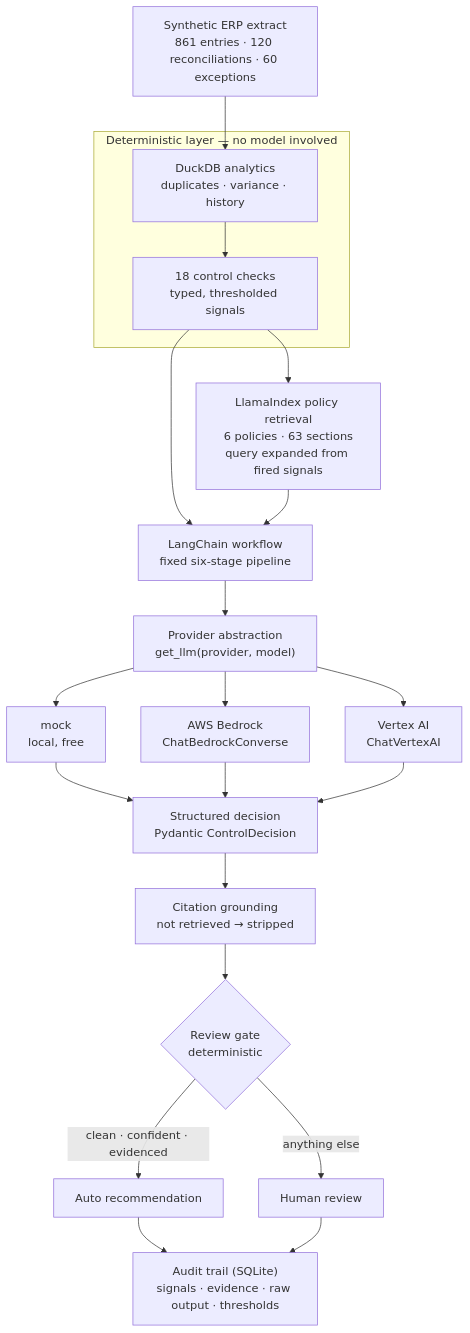
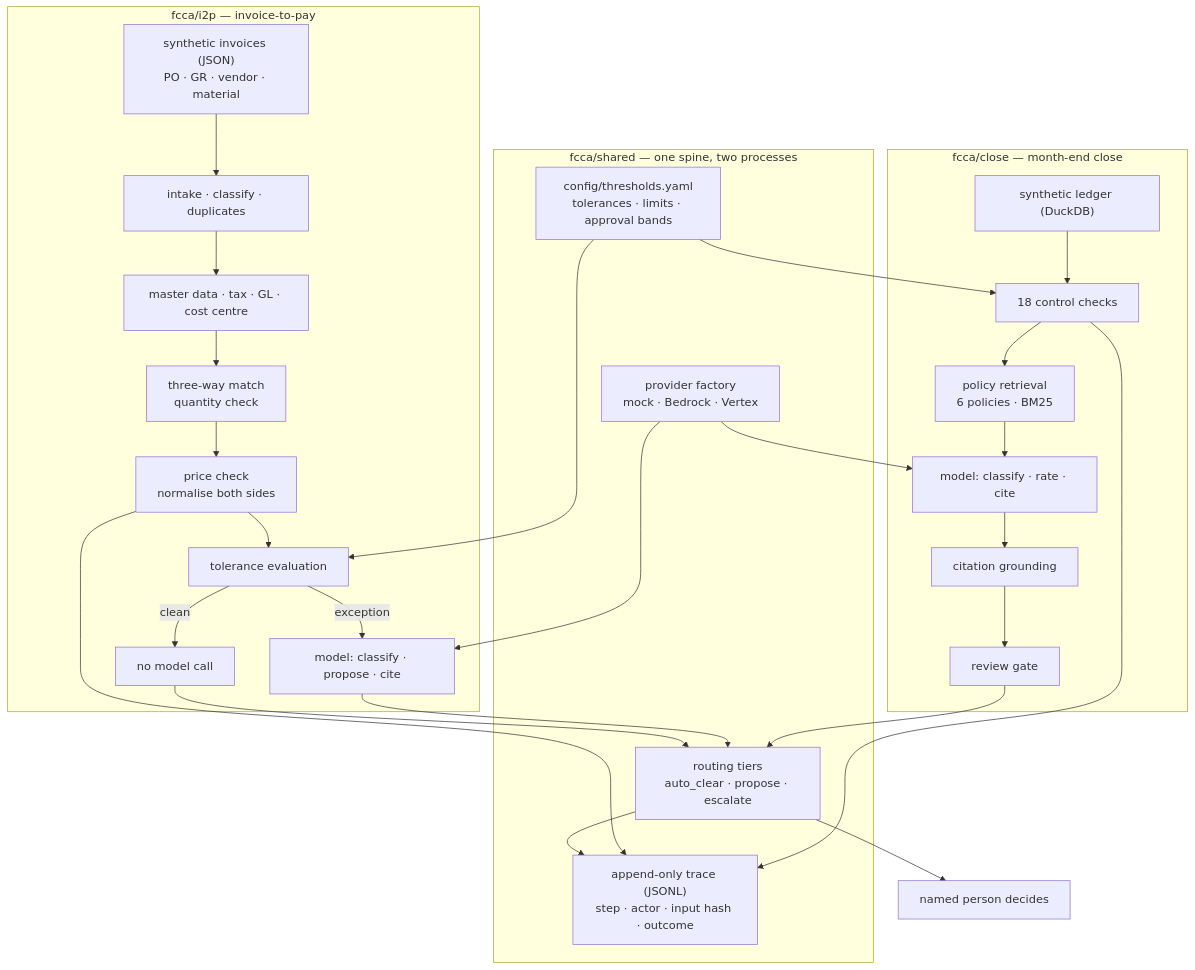
The diagram in README.md (morichtereur/finance-close-control-agent), drawn with Mermaid before and after one commit. The commit also changed other lines of this file, not shown here.

First line of the commit message:
Rewrite the README for a two-module repository

````diff
--- a/README.md
+++ b/README.md
@@ -39,28 +51,39 @@
 ```mermaid
 flowchart TD
-    A["Synthetic ERP extract<br/>861 entries · 120 reconciliations · 60 exceptions"] --> B
-
-    subgraph DET["Deterministic layer — no model involved"]
-        B["DuckDB analytics<br/>duplicates · variance · history"] --> C["18 control checks<br/>typed, thresholded signals"]
+    subgraph SHARED["fcca/shared — one spine, two processes"]
+        CFG["config/thresholds.yaml<br/>tolerances · limits · approval bands"]
+        PROV["provider factory<br/>mock · Bedrock · Vertex"]
+        ROUTE["routing tiers<br/>auto_clear · propose · escalate"]
+        TRACE["append-only trace (JSONL)<br/>step · actor · input hash · outcome"]
     end
 
-    C --> D["LlamaIndex policy retrieval<br/>6 policies · 63 sections<br/>query expanded from fired signals"]
-    C --> E
-    D --> E["LangChain workflow<br/>fixed six-stage pipeline"]
+    subgraph CLOSE["fcca/close — month-end close"]
+        C1["synthetic ledger (DuckDB)"] --> C2["18 control checks"]
+        C2 --> C3["policy retrieval<br/>6 policies · BM25"]
+        C3 --> C4["model: classify · rate · cite"]
+        C4 --> C5["citation grounding"]
+        C5 --> C6["review gate"]
+    end
 
-    E --> F["Provider abstraction<br/>get_llm(provider, model)"]
-    F --> G["mock<br/>local, free"]
-    F --> H["AWS Bedrock<br/>ChatBedrockConverse"]
-    F --> I["Vertex AI<br/>ChatVertexAI"]
+    subgraph I2P["fcca/i2p — invoice-to-pay"]
+        I1["synthetic invoices (JSON)<br/>PO · GR · vendor · material"] --> I2["intake · classify · duplicates"]
+        I2 --> I3["master data · tax · GL · cost centre"]
+        I3 --> I4["three-way match<br/>quantity check"]
+        I4 --> I5["price check<br/>normalise both sides"]
+        I5 --> I6["tolerance evaluation"]
+        I6 -->|clean| I8["no model call"]
+        I6 -->|exception| I7["model: classify · propose · cite"]
+    end
 
-    G --> J["Structured decision<br/>Pydantic ControlDecision"]
-    H --> J
-    I --> J
-
-    J --> K["Citation grounding<br/>not retrieved → stripped"]
-    K --> L{"Review gate<br/>deterministic"}
-    L -->|"clean · confident · evidenced"| M["Auto recommendation"]
-    L -->|"anything else"| N["Human review"]
-    M --> O["Audit trail (SQLite)<br/>signals · evidence · raw output · thresholds"]
-    N --> O
+    CFG --> C2
+    CFG --> I6
+    PROV --> C4
+    PROV --> I7
+    C6 --> ROUTE
+    I7 --> ROUTE
+    I8 --> ROUTE
+    C2 --> TRACE
+    I5 --> TRACE
+    ROUTE --> TRACE
+    ROUTE --> HUMAN["named person decides"]
 ```
````
